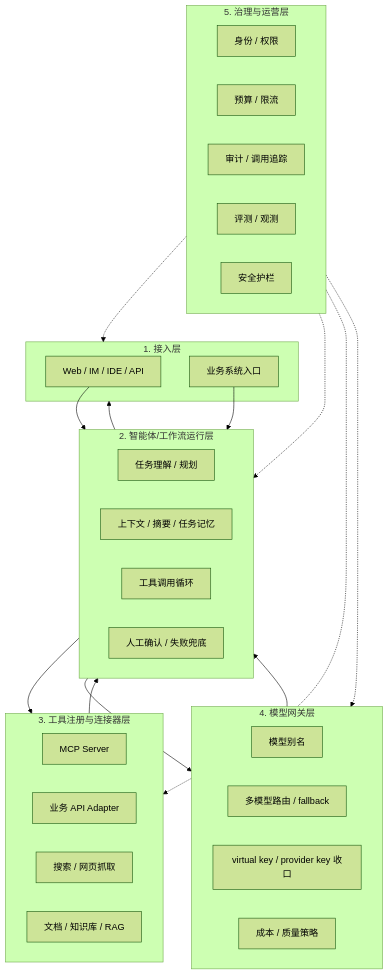
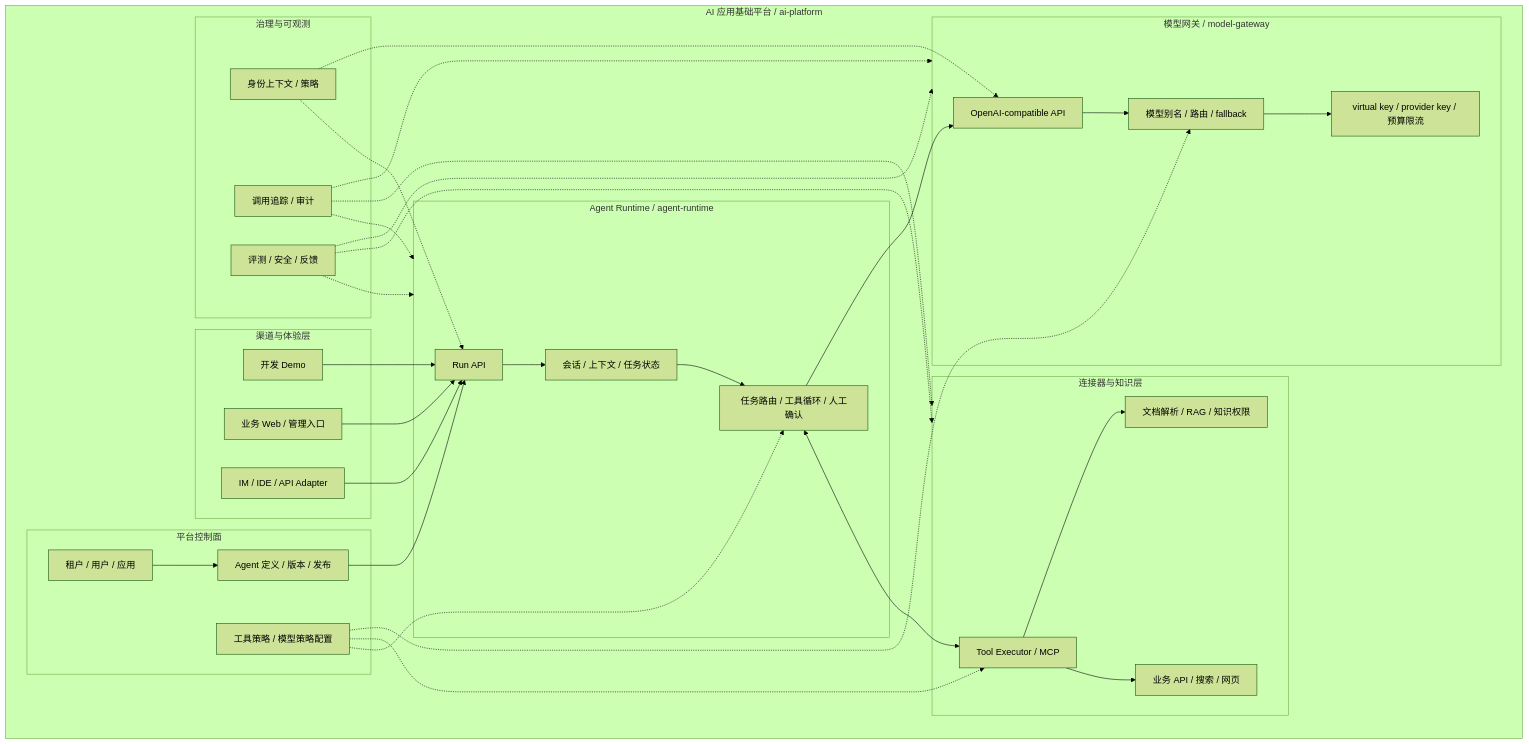
The first of 2 diagrams in docs/ai-structure.md (leidaibo-lab/ai-platform), drawn with Mermaid (forest theme) before and after one commit. The commit also changed other lines of this file and 22 other files, not shown here.

````diff
--- a/docs/ai-structure.md
+++ b/docs/ai-structure.md
@@ -87,48 +30,65 @@
 ```mermaid
 flowchart TB
-  subgraph Access["1. 接入层"]
-    MultiEntry["Web / IM / IDE / API"]
-    BusinessApp["业务系统入口"]
+  subgraph AiPlatform["AI 应用基础平台 / ai-platform"]
+    subgraph Experience["渠道与体验层"]
+      Demo["开发 Demo"]
+      Web["业务 Web / 管理入口"]
+      Channels["IM / IDE / API Adapter"]
+    end
+
+    subgraph ControlPlane["平台控制面"]
+      Tenant["租户 / 用户 / 应用"]
+      AgentDefinition["Agent 定义 / 版本 / 发布"]
+      PolicyConfig["工具策略 / 模型策略配置"]
+    end
+
+    subgraph Runtime["Agent Runtime / agent-runtime"]
+      RunApi["Run API"]
+      Session["会话 / 上下文 / 任务状态"]
+      Orchestrator["任务路由 / 工具循环 / 人工确认"]
+    end
+
+    subgraph Connector["连接器与知识层"]
+      ToolExecutor["Tool Executor / MCP"]
+      BusinessApi["业务 API / 搜索 / 网页"]
+      Knowledge["文档解析 / RAG / 知识权限"]
+    end
+
+    subgraph ModelGateway["模型网关 / model-gateway"]
+      GatewayApi["OpenAI-compatible API"]
+      ModelRoute["模型别名 / 路由 / fallback"]
+      ModelAccess["virtual key / provider key / 预算限流"]
+    end
+
+    subgraph Governance["治理与可观测"]
+      Identity["身份上下文 / 策略"]
+      Trace["调用追踪 / 审计"]
+      Evaluation["评测 / 安全 / 反馈"]
+    end
   end
 
-  subgraph Runtime["2. 智能体/工作流运行层"]
-    Planner["任务理解 / 规划"]
-    Memory["上下文 / 摘要 / 任务记忆"]
-    ToolLoop["工具调用循环"]
-    HumanReview["人工确认 / 失败兜底"]
-  end
-
-  subgraph Tools["3. 工具注册与连接器层"]
-    Mcp["MCP Server"]
-    BusinessApi["业务 API Adapter"]
-    WebSearch["搜索 / 网页抓取"]
-    Knowledge["文档 / 知识库 / RAG"]
-  end
-
-  subgraph Gateway["4. 模型网关层"]
-    ModelAlias["模型别名"]
-    Route["多模型路由 / fallback"]
-    VirtualKey["virtual key / provider key 收口"]
-    CostRoute["成本 / 质量策略"]
-  end
-
-  subgraph Governance["5. 治理与运营层"]
-    Identity["身份 / 权限"]
-    Budget["预算 / 限流"]
-    Audit["审计 / 调用追踪"]
-    Eval["评测 / 观测"]
-    Safety["安全护栏"]
-  end
-
-  MultiEntry --> Runtime
-  BusinessApp --> Runtime
-  Runtime --> Tools
-  Tools --> Runtime
-  Runtime --> Gateway
-  Gateway --> Runtime
-  Runtime --> Access
-  Governance -.-> Access
-  Governance -.-> Runtime
-  Governance -.-> Tools
-  Governance -.-> Gateway
+  Demo --> RunApi
+  Web --> RunApi
+  Channels --> RunApi
+  Tenant --> AgentDefinition
+  AgentDefinition --> RunApi
+  PolicyConfig -.-> Orchestrator
+  PolicyConfig -.-> ToolExecutor
+  PolicyConfig -.-> ModelRoute
+  RunApi --> Session
+  Session --> Orchestrator
+  Orchestrator <--> ToolExecutor
+  ToolExecutor --> BusinessApi
+  ToolExecutor --> Knowledge
+  Orchestrator --> GatewayApi
+  GatewayApi --> ModelRoute
+  ModelRoute --> ModelAccess
+  Identity -.-> RunApi
+  Identity -.-> GatewayApi
+  Trace -.-> Runtime
+  Trace -.-> Connector
+  Trace -.-> ModelGateway
+  Evaluation -.-> Runtime
+  Evaluation -.-> Connector
+  Evaluation -.-> ModelGateway
 ```
````
